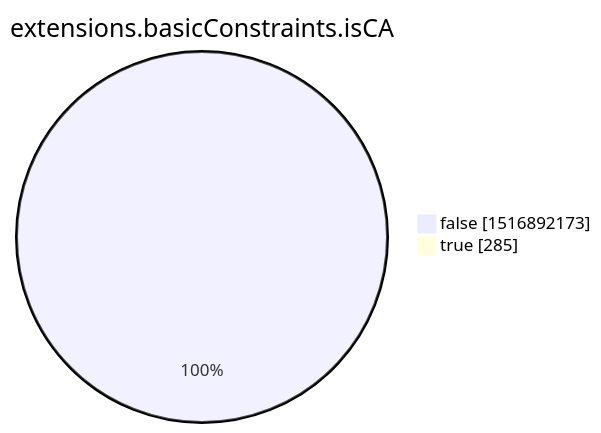
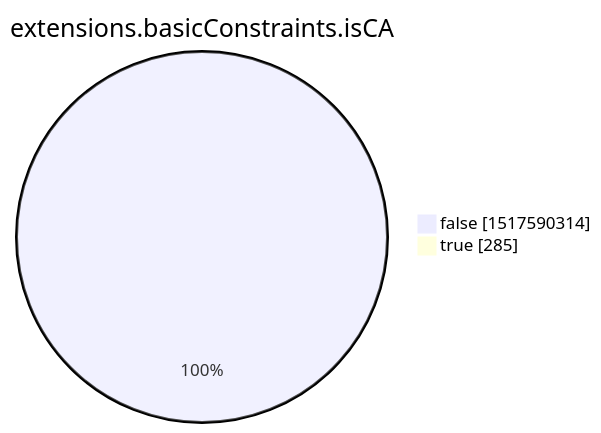
The eighth of 15 diagrams in xenon2022/README.md (christiankrug/ctmonitor_visualization), drawn with Mermaid before and after one commit. The commit also changed other lines of this file, not shown here.

````diff
--- a/xenon2022/README.md
+++ b/xenon2022/README.md
@@ -2855,6 +2855,6 @@
 ```mermaid
 pie showData
 title extensions.basicConstraints.isCA
-"false" :1516892173
+"false" :1517590314
 "true" :285
 ```
````
